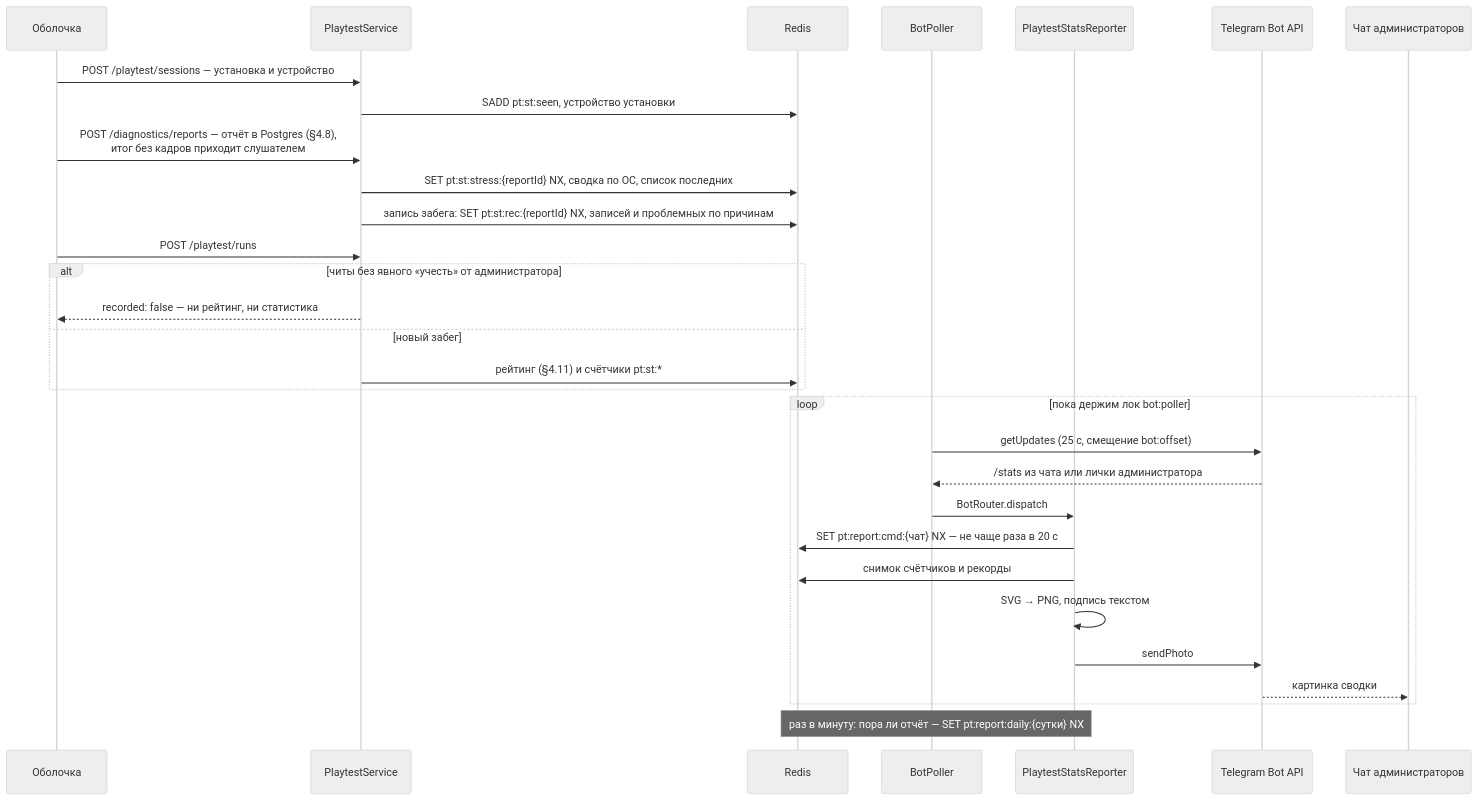
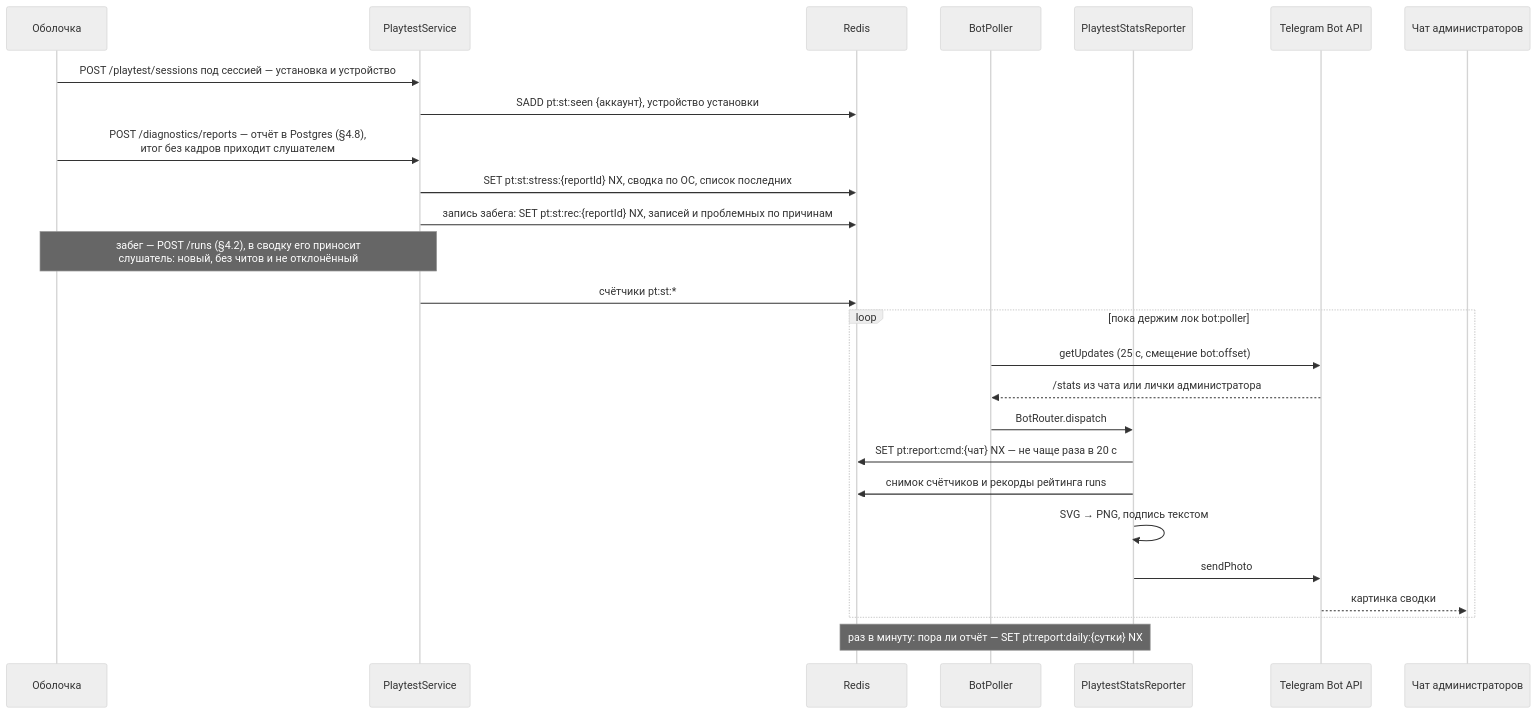
Before and after one commit to JJSGxKD/rubezh: diagram 18 of 21 in docs/21-diagrams.md, drawn with Mermaid (neutral theme). The commit also changed other lines of this file and 4 other files, not shown here.

First line of the commit message:
docs: Описать приём забегов под аккаунтом на схемах и в плане

````diff
--- a/docs/21-diagrams.md
+++ b/docs/21-diagrams.md
@@ -1130,34 +1120,30 @@
 ```mermaid
 sequenceDiagram
     participant S as Оболочка
     participant P as PlaytestService
     participant R as Redis
     participant BP as BotPoller
     participant B as PlaytestStatsReporter
     participant TG as Telegram Bot API
     participant A as Чат администраторов
 
-    S->>P: POST /playtest/sessions — установка и устройство
-    P->>R: SADD pt:st:seen, устройство установки
+    S->>P: POST /playtest/sessions под сессией — установка и устройство
+    P->>R: SADD pt:st:seen {аккаунт}, устройство установки
     S->>P: POST /diagnostics/reports — отчёт в Postgres (§4.8),<br/>итог без кадров приходит слушателем
     P->>R: SET pt:st:stress:{reportId} NX, сводка по ОС, список последних
     P->>R: запись забега: SET pt:st:rec:{reportId} NX, записей и проблемных по причинам
-    S->>P: POST /playtest/runs
-    alt читы без явного «учесть» от администратора
-        P-->>S: recorded: false — ни рейтинг, ни статистика
-    else новый забег
-        P->>R: рейтинг (§4.11) и счётчики pt:st:*
-    end
+    Note over S,P: забег — POST /runs (§4.2), в сводку его приносит<br/>слушатель: новый, без читов и не отклонённый
+    P->>R: счётчики pt:st:*
 
     loop пока держим лок bot:poller
         BP->>TG: getUpdates (25 с, смещение bot:offset)
         TG-->>BP: /stats из чата или лички администратора
         BP->>B: BotRouter.dispatch
         B->>R: SET pt:report:cmd:{чат} NX — не чаще раза в 20 с
-        B->>R: снимок счётчиков и рекорды
+        B->>R: снимок счётчиков и рекорды рейтинга runs
         B->>B: SVG → PNG, подпись текстом
         B->>TG: sendPhoto
         TG-->>A: картинка сводки
     end
     Note over B,R: раз в минуту: пора ли отчёт — SET pt:report:daily:{сутки} NX
 ```
````
